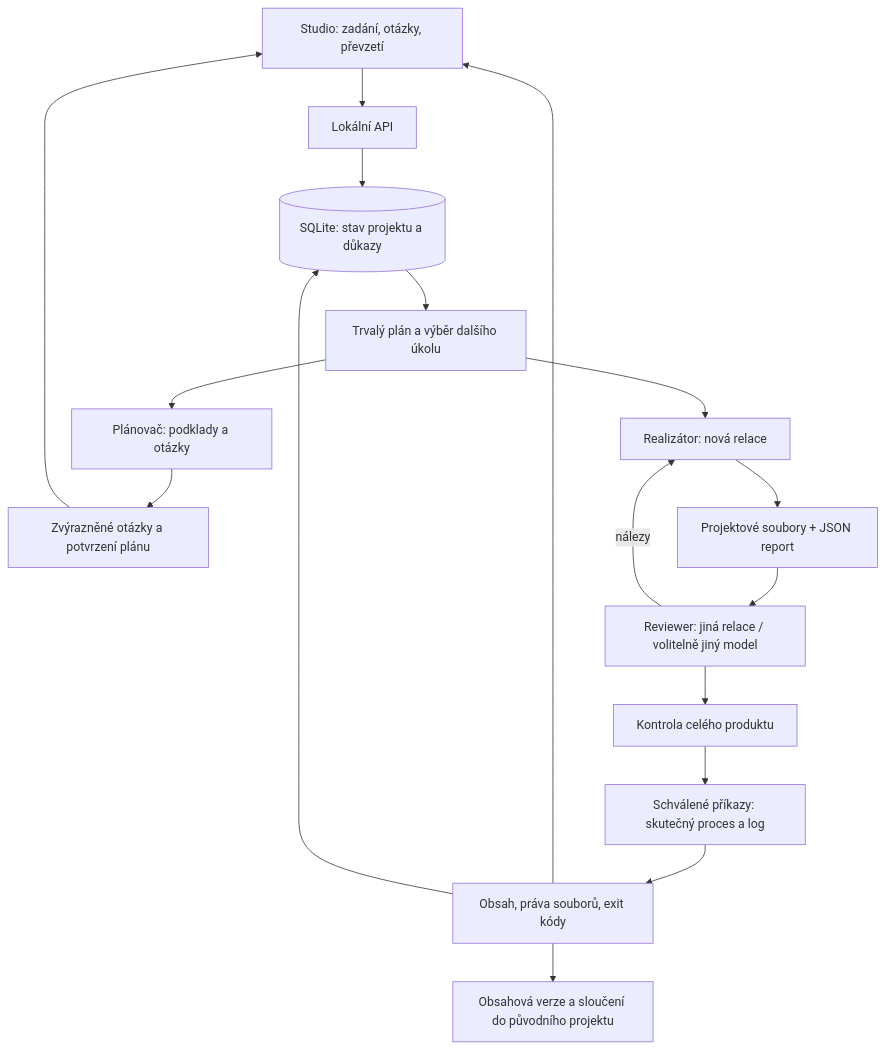
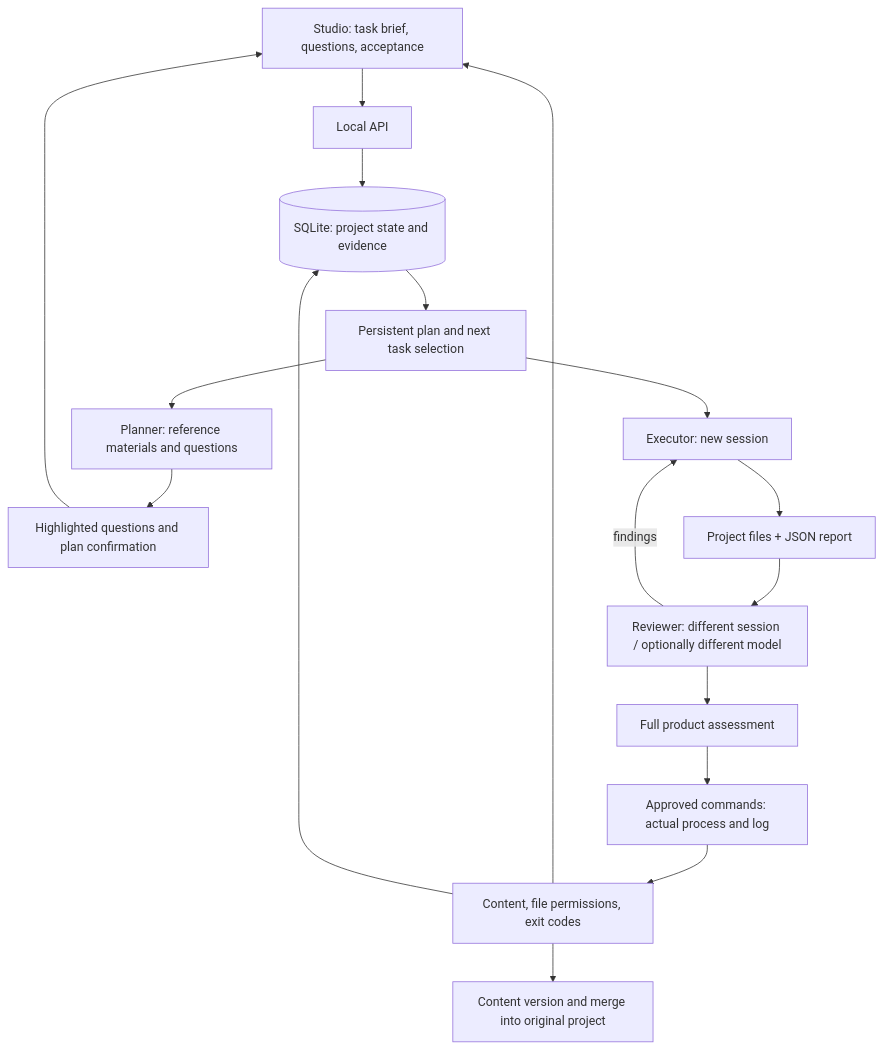
The diagram in studio/docs/LONG_RUNNING_PROJECTS.md (RulezZzOr/miner), drawn with Mermaid before and after one commit. The commit also changed other lines of this file and 55 other files, not shown here.

````diff
--- a/studio/docs/LONG_RUNNING_PROJECTS.md
+++ b/studio/docs/LONG_RUNNING_PROJECTS.md
@@ -45,19 +45,19 @@
 ```mermaid
 flowchart TD
-  GUI[Studio: zadání, otázky, převzetí] --> API[Lokální API]
-  API --> DB[(SQLite: stav projektu a důkazy)]
-  DB --> Controller[Trvalý plán a výběr dalšího úkolu]
-  Controller --> Planner[Plánovač: podklady a otázky]
-  Planner --> Questions[Zvýrazněné otázky a potvrzení plánu]
+  GUI[Studio: task brief, questions, acceptance] --> API[Local API]
+  API --> DB[(SQLite: project state and evidence)]
+  DB --> Controller[Persistent plan and next task selection]
+  Controller --> Planner[Planner: reference materials and questions]
+  Planner --> Questions[Highlighted questions and plan confirmation]
   Questions --> GUI
-  Controller --> Builder[Realizátor: nová relace]
-  Builder --> Files[Projektové soubory + JSON report]
-  Files --> Reviewer[Reviewer: jiná relace / volitelně jiný model]
-  Reviewer -->|nálezy| Builder
-  Reviewer --> Final[Kontrola celého produktu]
-  Final --> Checks[Schválené příkazy: skutečný proces a log]
-  Checks --> Gate[Obsah, práva souborů, exit kódy]
-  Gate --> Version[Obsahová verze a sloučení do původního projektu]
+  Controller --> Builder[Executor: new session]
+  Builder --> Files[Project files + JSON report]
+  Files --> Reviewer[Reviewer: different session / optionally different model]
+  Reviewer -->|findings| Builder
+  Reviewer --> Final[Full product assessment]
+  Final --> Checks[Approved commands: actual process and log]
+  Checks --> Gate[Content, file permissions, exit codes]
+  Gate --> Version[Content version and merge into original project]
   Gate --> GUI
   Gate --> DB
 ```
````
